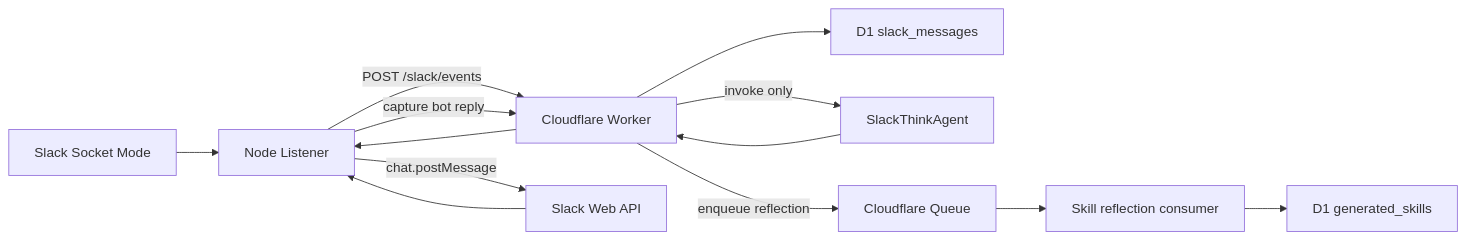
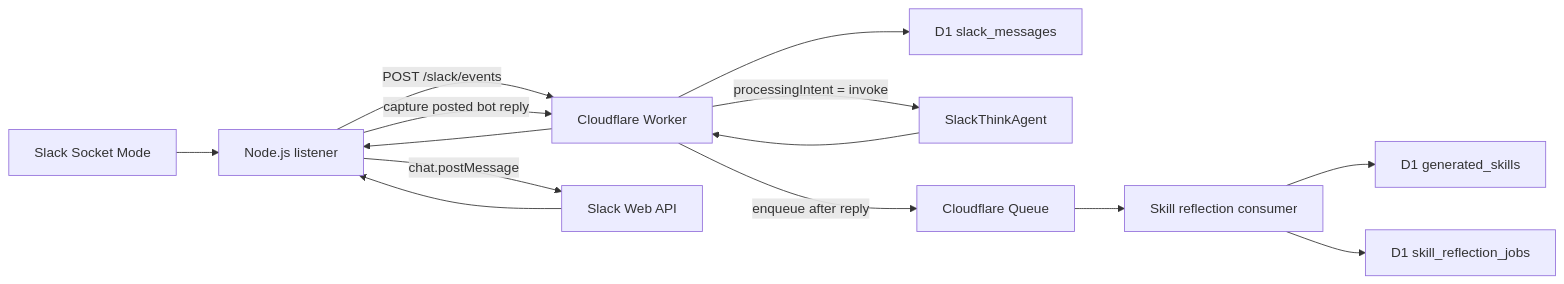
The first of 5 diagrams in README.md (GorobVictor/slack-ai-agent-v3), drawn with Mermaid before and after one commit. The commit also changed other lines of this file and 1 other file, not shown here.

````diff
--- a/README.md
+++ b/README.md
@@ -7,15 +15,16 @@
 ```mermaid
 flowchart LR
-  slack["Slack Socket Mode"] --> listener["Node Listener"]
+  slack["Slack Socket Mode"] --> listener["Node.js listener"]
   listener -->|"POST /slack/events"| worker["Cloudflare Worker"]
   worker --> history["D1 slack_messages"]
-  worker -->|"invoke only"| think["SlackThinkAgent"]
+  worker -->|"processingIntent = invoke"| think["SlackThinkAgent"]
   think --> worker
-  worker -->|"enqueue reflection"| queue["Cloudflare Queue"]
+  worker -->|"enqueue after reply"| queue["Cloudflare Queue"]
   queue --> reflection["Skill reflection consumer"]
   reflection --> skills["D1 generated_skills"]
+  reflection --> ledger["D1 skill_reflection_jobs"]
   worker --> listener
   listener -->|"chat.postMessage"| slackApi["Slack Web API"]
   slackApi --> listener
-  listener -->|"capture bot reply"| worker
+  listener -->|"capture posted bot reply"| worker
 ```
````
